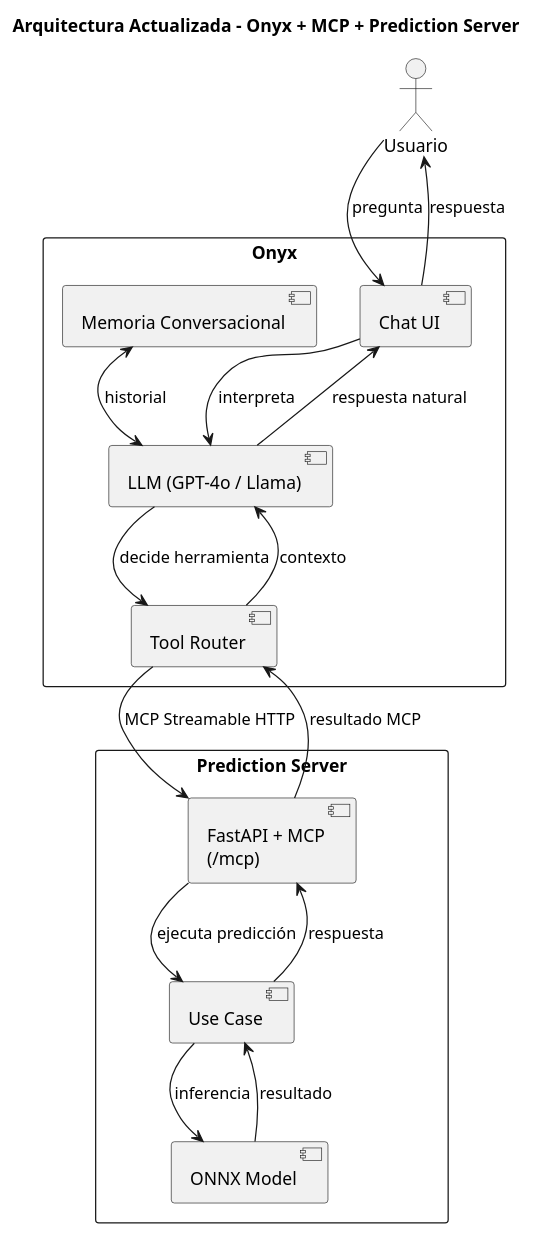
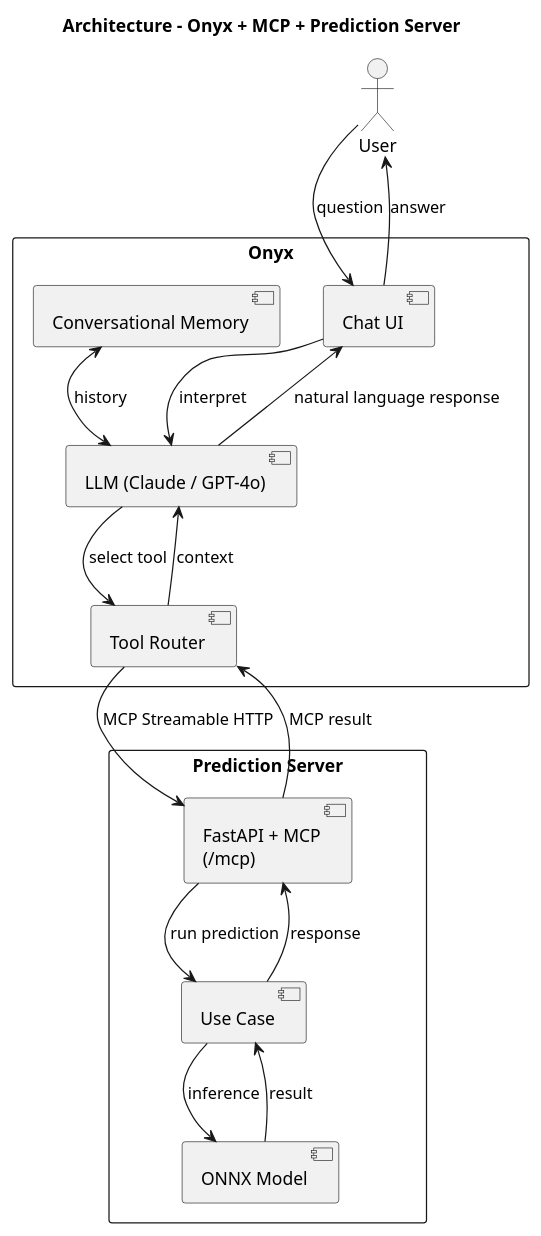
Before and after one commit to jagoss/tesis-umpe-supermarket-stock-prediction: the diagram in .docs/onyx_integration.md, drawn with PlantUML. The commit also changed other lines of this file and 7 other files, not shown here.

````diff
--- a/.docs/onyx_integration.md
+++ b/.docs/onyx_integration.md
@@ -35,35 +36,35 @@
 ```plantuml
 @startuml
-title Arquitectura Actualizada – Onyx + MCP + Prediction Server
+title Architecture – Onyx + MCP + Prediction Server
 
-actor Usuario
+actor User
 
 rectangle "Onyx" as Onyx {
   component "Chat UI" as UI
-  component "LLM (GPT-4o / Llama)" as LLM
-  component "Memoria Conversacional" as Mem
+  component "LLM (Claude / GPT-4o)" as LLM
+  component "Conversational Memory" as Mem
   component "Tool Router" as Router
 }
 
 rectangle "Prediction Server" as Server {
   component "FastAPI + MCP\n(/mcp)" as API
   component "Use Case" as UC
   component "ONNX Model" as Model
 }
 
-Usuario --> UI : pregunta
-UI --> LLM : interpreta
-LLM --> Router : decide herramienta
+User --> UI : question
+UI --> LLM : interpret
+LLM --> Router : select tool
 Router --> API : MCP Streamable HTTP
-API --> UC : ejecuta predicción
-UC --> Model : inferencia
-Model --> UC : resultado
-UC --> API : respuesta
-API --> Router : resultado MCP
-Router --> LLM : contexto
-LLM --> UI : respuesta natural
-UI --> Usuario : respuesta
+API --> UC : run prediction
+UC --> Model : inference
+Model --> UC : result
+UC --> API : response
+API --> Router : MCP result
+Router --> LLM : context
+LLM --> UI : natural language response
+UI --> User : answer
 
-Mem <--> LLM : historial
+Mem <--> LLM : history
 @enduml
 ```
````
